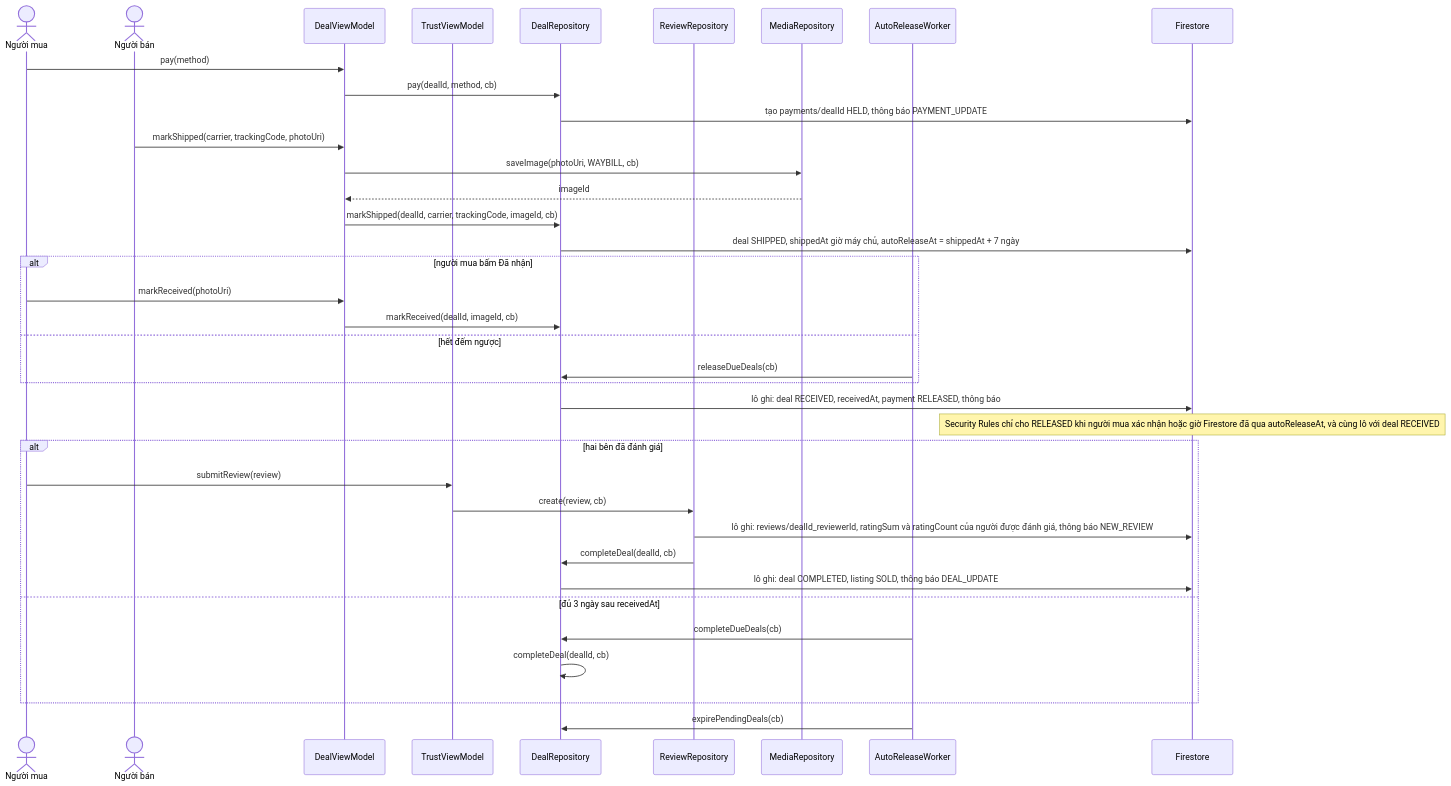
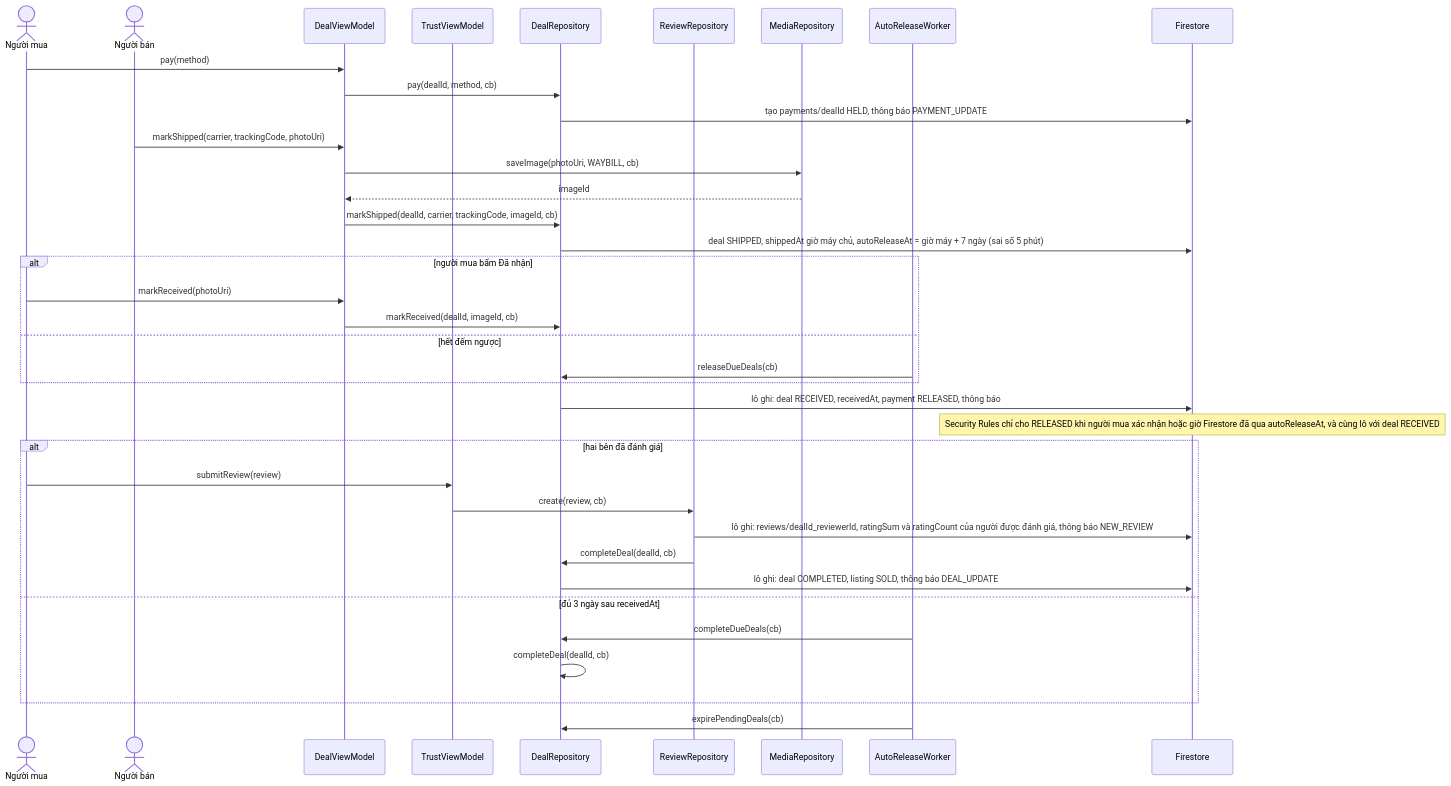
One commit to tahpnart8/NHOM3-MobileApp changed the fifth of 7 diagrams in workflow/docs/architecture/luong-xu-ly.md. Above: the diagram before and after it, drawn with Mermaid. The commit also changed other lines of this file and 8 other files, not shown here.

````diff
--- a/workflow/docs/architecture/luong-xu-ly.md
+++ b/workflow/docs/architecture/luong-xu-ly.md
@@ -171,39 +171,39 @@
 ```mermaid
 sequenceDiagram
     actor B as Người mua
     actor S as Người bán
     participant DVM as DealViewModel
     participant TVM as TrustViewModel
     participant DR as DealRepository
     participant RR as ReviewRepository
     participant MR as MediaRepository
     participant W as AutoReleaseWorker
     participant FS as Firestore
     B->>DVM: pay(method)
     DVM->>DR: pay(dealId, method, cb)
     DR->>FS: tạo payments/dealId HELD, thông báo PAYMENT_UPDATE
     S->>DVM: markShipped(carrier, trackingCode, photoUri)
     DVM->>MR: saveImage(photoUri, WAYBILL, cb)
     MR-->>DVM: imageId
     DVM->>DR: markShipped(dealId, carrier, trackingCode, imageId, cb)
-    DR->>FS: deal SHIPPED, shippedAt giờ máy chủ, autoReleaseAt = shippedAt + 7 ngày
+    DR->>FS: deal SHIPPED, shippedAt giờ máy chủ, autoReleaseAt = giờ máy + 7 ngày (sai số 5 phút)
     alt người mua bấm Đã nhận
         B->>DVM: markReceived(photoUri)
         DVM->>DR: markReceived(dealId, imageId, cb)
     else hết đếm ngược
         W->>DR: releaseDueDeals(cb)
     end
     DR->>FS: lô ghi: deal RECEIVED, receivedAt, payment RELEASED, thông báo
     Note over FS: Security Rules chỉ cho RELEASED khi người mua xác nhận hoặc giờ Firestore đã qua autoReleaseAt, và cùng lô với deal RECEIVED
     alt hai bên đã đánh giá
         B->>TVM: submitReview(review)
         TVM->>RR: create(review, cb)
         RR->>FS: lô ghi: reviews/dealId_reviewerId, ratingSum và ratingCount của người được đánh giá, thông báo NEW_REVIEW
         RR->>DR: completeDeal(dealId, cb)
         DR->>FS: lô ghi: deal COMPLETED, listing SOLD, thông báo DEAL_UPDATE
     else đủ 3 ngày sau receivedAt
         W->>DR: completeDueDeals(cb)
         DR->>DR: completeDeal(dealId, cb)
     end
     W->>DR: expirePendingDeals(cb)
 ```
````
